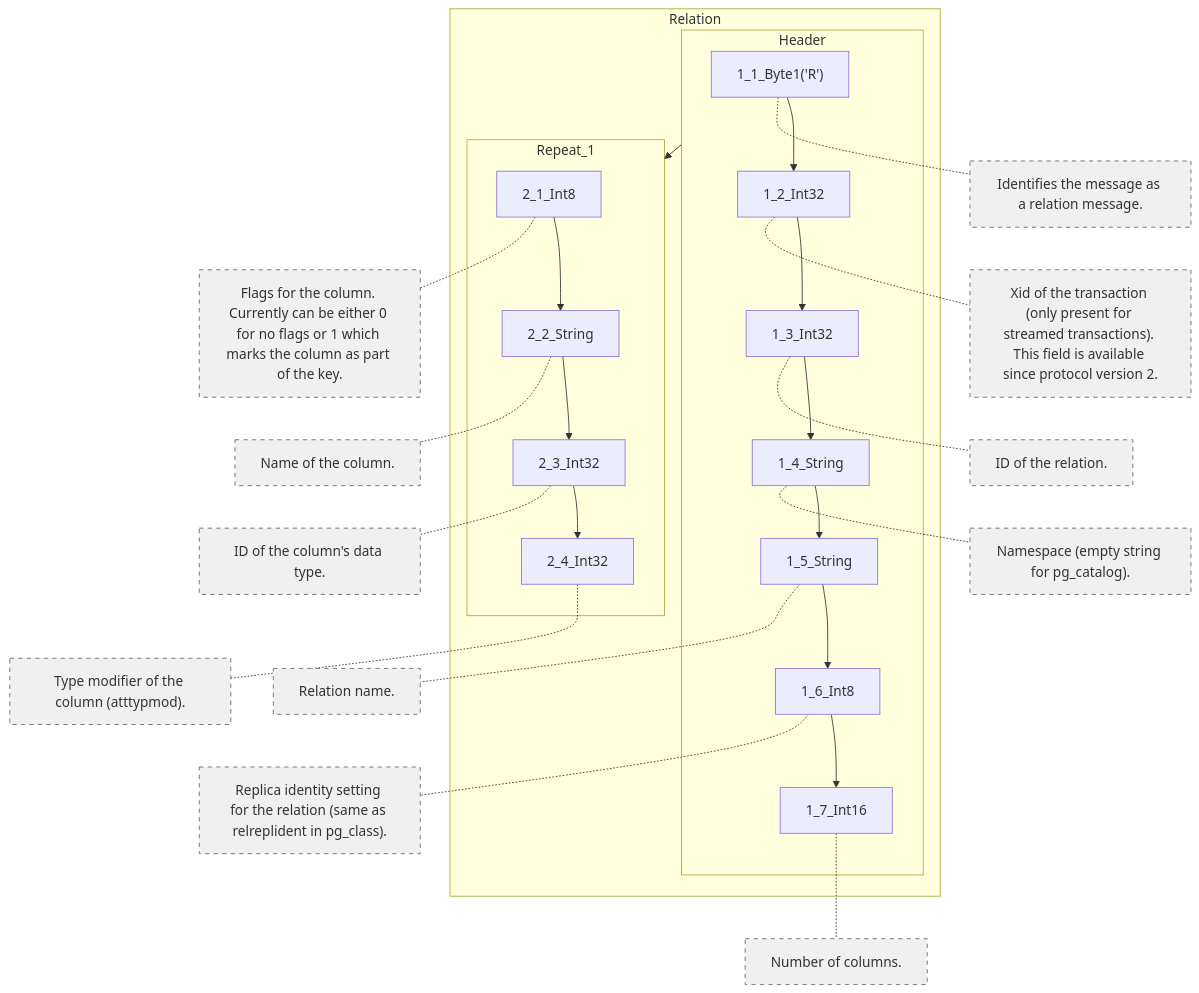
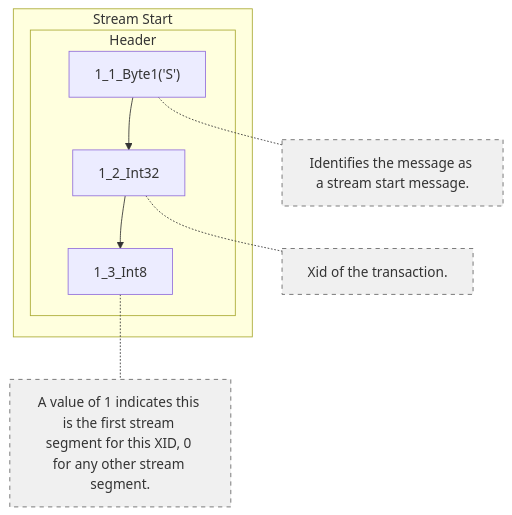
One commit to ywchae1209/DBMS_CDC changed the fourth of 15 diagrams in PG14_logicalrep-message-formats.md. Above: the diagram before and after it, drawn with Mermaid. The commit also changed other lines of this file, not shown here.

````diff
--- a/PG14_logicalrep-message-formats.md
+++ b/PG14_logicalrep-message-formats.md
@@ -66,44 +69,18 @@
 ```mermaid
 graph TD
-  subgraph Relation ["Relation"]
+  subgraph Stream_Start ["Stream Start"]
     subgraph header_0 ["Header"]
-      1_1_Byte1__R__["1_1_Byte1('R')"]
+      1_1_Byte1__S__["1_1_Byte1('S')"]
       1_2_Int32["1_2_Int32"]
-      1_1_Byte1__R__ --> 1_2_Int32
-      1_3_Int32["1_3_Int32"]
-      1_2_Int32 --> 1_3_Int32
-      1_4_String["1_4_String"]
-      1_3_Int32 --> 1_4_String
-      1_5_String["1_5_String"]
-      1_4_String --> 1_5_String
-      1_6_Int8["1_6_Int8"]
-      1_5_String --> 1_6_Int8
-      1_7_Int16["1_7_Int16"]
-      1_6_Int8 --> 1_7_Int16
+      1_1_Byte1__S__ --> 1_2_Int32
+      1_3_Int8["1_3_Int8"]
+      1_2_Int32 --> 1_3_Int8
     end
-    subgraph repeat_1_1 ["Repeat_1"]
-      2_1_Int8["2_1_Int8"]
-      2_2_String["2_2_String"]
-      2_1_Int8 --> 2_2_String
-      2_3_Int32["2_3_Int32"]
-      2_2_String --> 2_3_Int32
-      2_4_Int32["2_4_Int32"]
-      2_3_Int32 --> 2_4_Int32
-    end
-    header_0 --> repeat_1_1
   end
 
-    1_1_Byte1__R__ -.- desc_1_1_Byte1__R__["Identifies the message as a relation message."]
-    1_2_Int32 -.- desc_1_2_Int32["Xid of the transaction (only present for streamed transactions). This field is available since protocol version 2."]
-    1_3_Int32 -.- desc_1_3_Int32["ID of the relation."]
-    1_4_String -.- desc_1_4_String["Namespace (empty string for pg_catalog)."]
-    1_5_String -.- desc_1_5_String["Relation name."]
-    1_6_Int8 -.- desc_1_6_Int8["Replica identity setting for the relation (same as relreplident in pg_class)."]
-    1_7_Int16 -.- desc_1_7_Int16["Number of columns."]
-    2_1_Int8 -.- desc_2_1_Int8["Flags for the column. Currently can be either 0 for no flags or 1 which marks the column as part of the key."]
-    2_2_String -.- desc_2_2_String["Name of the column."]
-    2_3_Int32 -.- desc_2_3_Int32["ID of the column's data type."]
-    2_4_Int32 -.- desc_2_4_Int32["Type modifier of the column (atttypmod)."]
+    1_1_Byte1__S__ -.- desc_1_1_Byte1__S__["Identifies the message as a stream start message."]
+    1_2_Int32 -.- desc_1_2_Int32["Xid of the transaction."]
+    1_3_Int8 -.- desc_1_3_Int8["A value of 1 indicates this is the first stream segment for this XID, 0 for any other stream segment."]
   classDef comment fill:#f0f0f0,stroke:#666,stroke-dasharray: 5 5;
-  class desc_1_1_Byte1__R__,desc_1_2_Int32,desc_1_3_Int32,desc_1_4_String,desc_1_5_String,desc_1_6_Int8,desc_1_7_Int16,desc_2_1_Int8,desc_2_2_String,desc_2_3_Int32,desc_2_4_Int32 comment;
+  class desc_1_1_Byte1__S__,desc_1_2_Int32,desc_1_3_Int8 comment;
 ```
````
